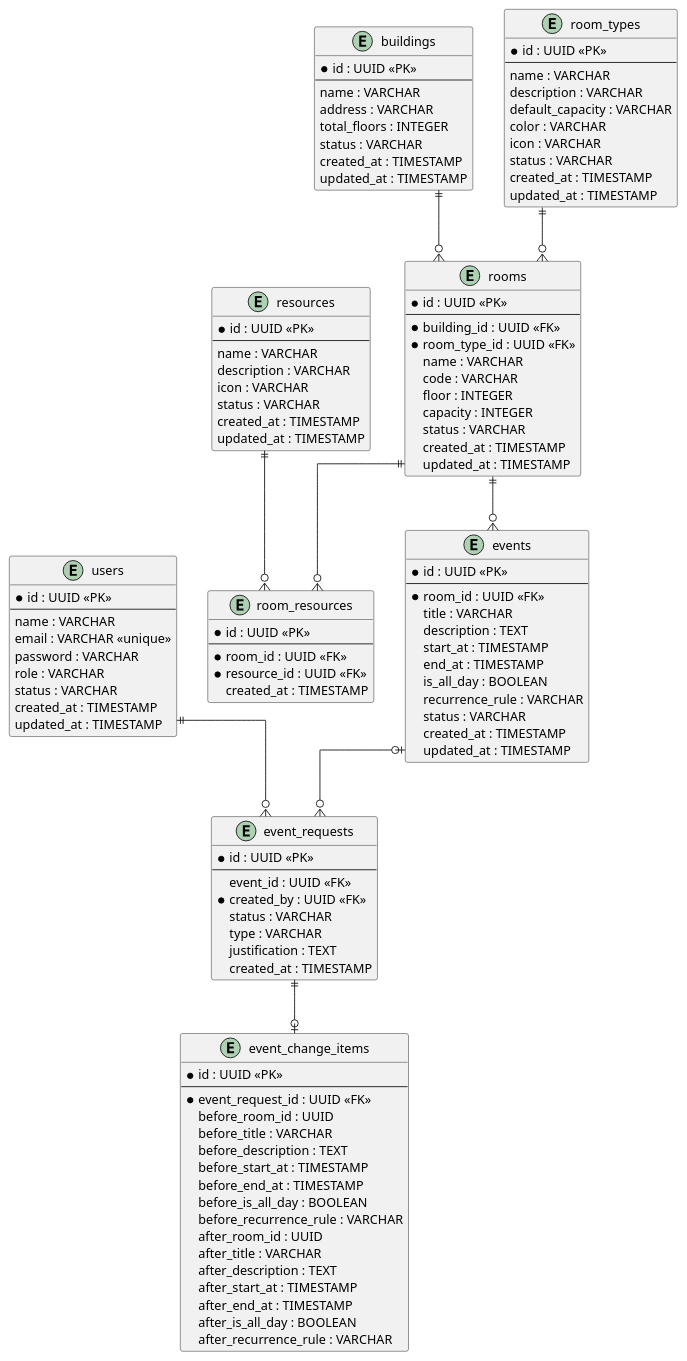
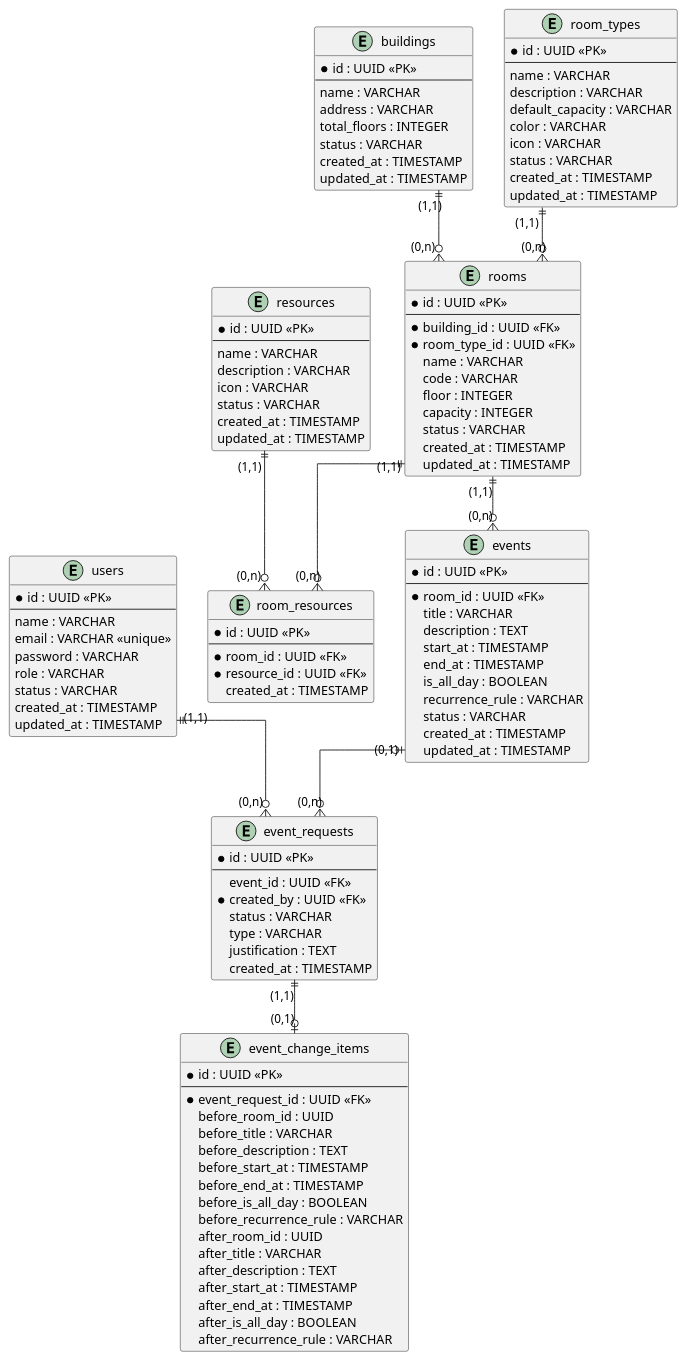
The diagram in src/plantuml/der.puml (Neoguara/rooms-diagrams), drawn with PlantUML before and after one commit. The commit also changed 1 other file, not shown here.

```diff
--- a/src/plantuml/der.puml
+++ b/src/plantuml/der.puml
@@ -1,143 +1,143 @@
 @startuml der
 
 skinparam linetype ortho
 
 ' ── users ──────────────────────────────────────────────
 entity "users" as User {
   * id : UUID <<PK>>
   --
   name : VARCHAR
   email : VARCHAR <<unique>>
   password : VARCHAR
   role : VARCHAR
   status : VARCHAR
   created_at : TIMESTAMP
   updated_at : TIMESTAMP
 }
 
 ' ── buildings ──────────────────────────────────────────
 entity "buildings" as Building {
   * id : UUID <<PK>>
   --
   name : VARCHAR
   address : VARCHAR
   total_floors : INTEGER
   status : VARCHAR
   created_at : TIMESTAMP
   updated_at : TIMESTAMP
 }
 
 ' ── room_types ─────────────────────────────────────────
 entity "room_types" as RoomType {
   * id : UUID <<PK>>
   --
   name : VARCHAR
   description : VARCHAR
   default_capacity : VARCHAR
   color : VARCHAR
   icon : VARCHAR
   status : VARCHAR
   created_at : TIMESTAMP
   updated_at : TIMESTAMP
 }
 
 ' ── rooms ──────────────────────────────────────────────
 entity "rooms" as Room {
   * id : UUID <<PK>>
   --
   * building_id : UUID <<FK>>
   * room_type_id : UUID <<FK>>
   name : VARCHAR
   code : VARCHAR
   floor : INTEGER
   capacity : INTEGER
   status : VARCHAR
   created_at : TIMESTAMP
   updated_at : TIMESTAMP
 }
 
 ' ── resources ──────────────────────────────────────────
 entity "resources" as Resource {
   * id : UUID <<PK>>
   --
   name : VARCHAR
   description : VARCHAR
   icon : VARCHAR
   status : VARCHAR
   created_at : TIMESTAMP
   updated_at : TIMESTAMP
 }
 
 ' ── room_resources ─────────────────────────────────────
 entity "room_resources" as RoomResource {
   * id : UUID <<PK>>
   --
   * room_id : UUID <<FK>>
   * resource_id : UUID <<FK>>
   created_at : TIMESTAMP
 }
 
 ' ── events ─────────────────────────────────────────────
 entity "events" as Event {
   * id : UUID <<PK>>
   --
   * room_id : UUID <<FK>>
   title : VARCHAR
   description : TEXT
   start_at : TIMESTAMP
   end_at : TIMESTAMP
   is_all_day : BOOLEAN
   recurrence_rule : VARCHAR
   status : VARCHAR
   created_at : TIMESTAMP
   updated_at : TIMESTAMP
 }
 
 ' ── event_requests ─────────────────────────────────────
 entity "event_requests" as EventRequest {
   * id : UUID <<PK>>
   --
   event_id : UUID <<FK>>
   * created_by : UUID <<FK>>
   status : VARCHAR
   type : VARCHAR
   justification : TEXT
   created_at : TIMESTAMP
 }
 
 ' ── event_change_items ─────────────────────────────────
 entity "event_change_items" as EventChangeItem {
   * id : UUID <<PK>>
   --
   * event_request_id : UUID <<FK>>
   before_room_id : UUID
   before_title : VARCHAR
   before_description : TEXT
   before_start_at : TIMESTAMP
   before_end_at : TIMESTAMP
   before_is_all_day : BOOLEAN
   before_recurrence_rule : VARCHAR
   after_room_id : UUID
   after_title : VARCHAR
   after_description : TEXT
   after_start_at : TIMESTAMP
   after_end_at : TIMESTAMP
   after_is_all_day : BOOLEAN
   after_recurrence_rule : VARCHAR
 }
 
 ' ── Relacionamentos ────────────────────────────────────
-Building      ||--o{ Room
-RoomType      ||--o{ Room
+Building     "(1,1)" ||--o{ "(0,n)" Room
+RoomType     "(1,1)" ||--o{ "(0,n)" Room
 
-Room          ||--o{ RoomResource
-Resource      ||--o{ RoomResource
+Room         "(1,1)" ||--o{ "(0,n)" RoomResource
+Resource     "(1,1)" ||--o{ "(0,n)" RoomResource
 
-Room          ||--o{ Event
+Room         "(1,1)" ||--o{ "(0,n)" Event
 
-User          ||--o{ EventRequest
-Event         |o--o{ EventRequest
+User         "(1,1)" ||--o{ "(0,n)" EventRequest
+Event        "(0,1)" |o--o{ "(0,n)" EventRequest
 
-EventRequest  ||--o| EventChangeItem
+EventRequest "(1,1)" ||--o| "(0,1)" EventChangeItem
 
 @enduml
```
